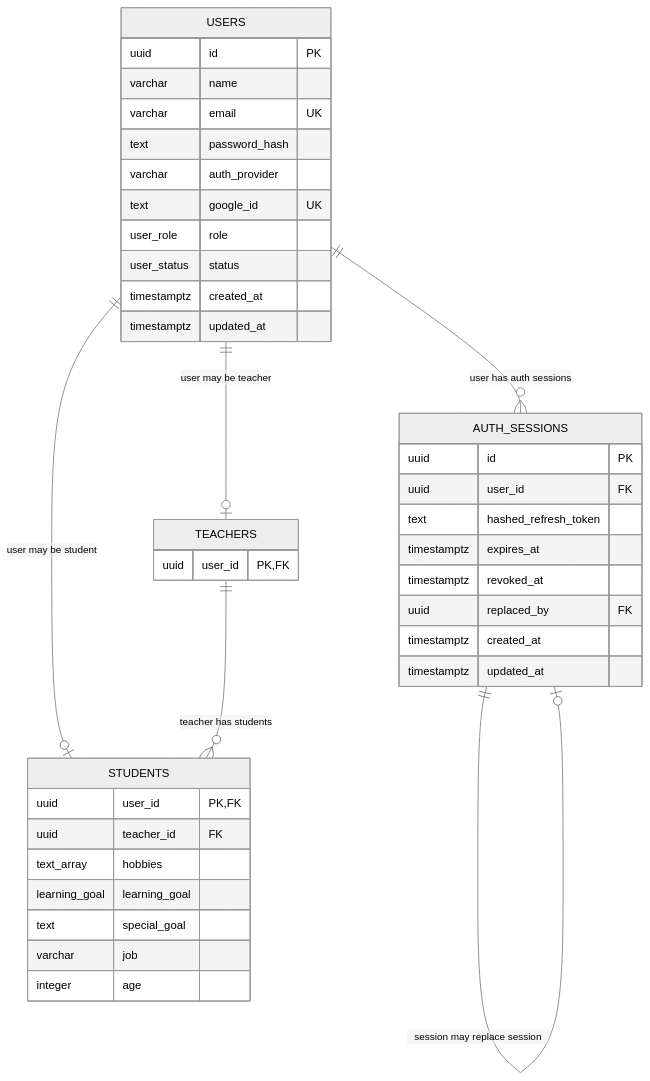
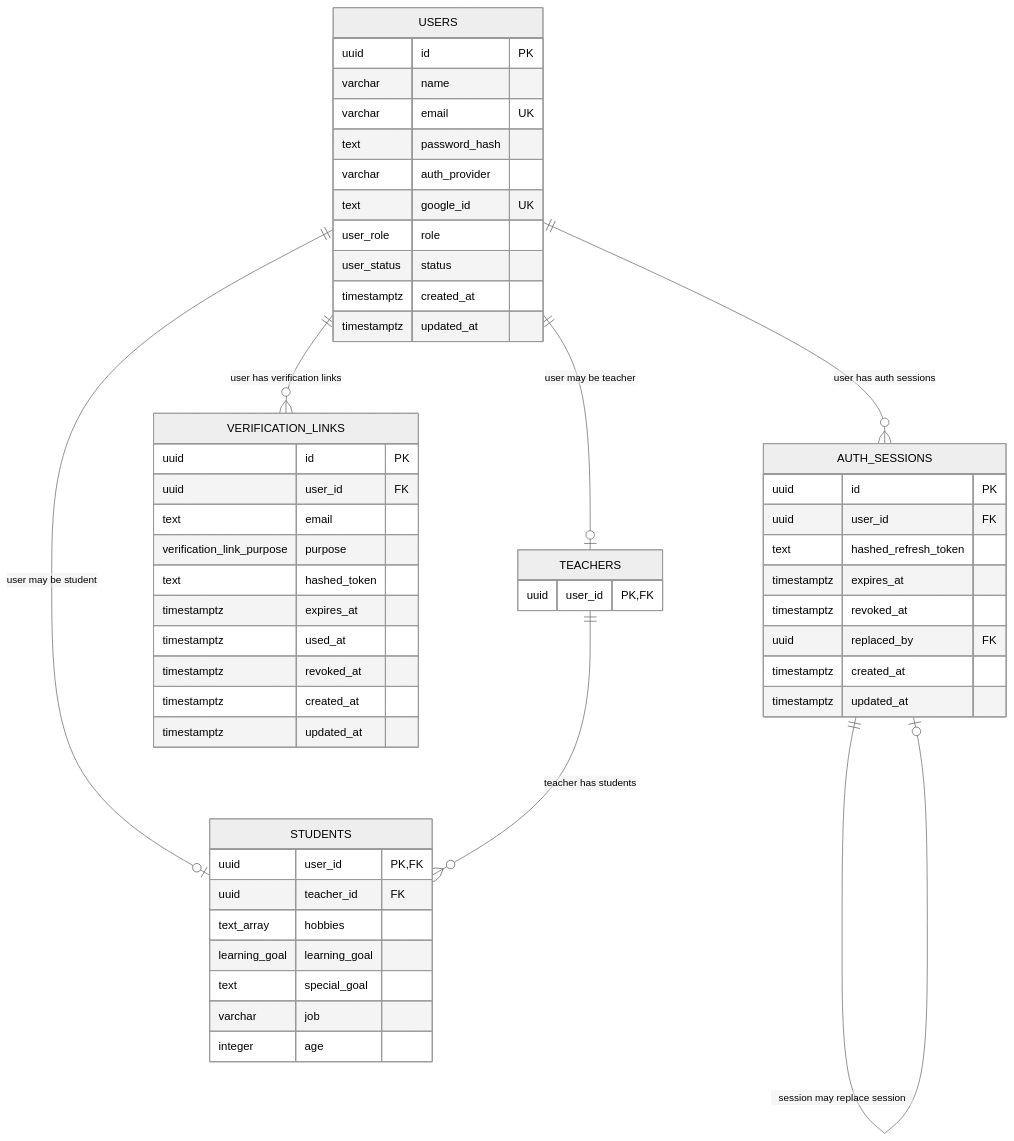
One commit to KaterynaKocheharova/Practice-app changed the diagram in back/docs/db/entities.md. Above: the diagram before and after it, drawn with Mermaid (neutral theme). The commit also changed other lines of this file and 1 other file, not shown here.

Commit message:
Add verification links docs

````diff
--- a/back/docs/db/entities.md
+++ b/back/docs/db/entities.md
@@ -5,46 +5,60 @@
 ```mermaid
 erDiagram
   USERS {
     uuid id PK
     varchar name
     varchar email UK
     text password_hash
     varchar auth_provider
     text google_id UK
     user_role role
     user_status status
     timestamptz created_at
     timestamptz updated_at
   }
 
   AUTH_SESSIONS {
     uuid id PK
     uuid user_id FK
     text hashed_refresh_token
     timestamptz expires_at
     timestamptz revoked_at
     uuid replaced_by FK
     timestamptz created_at
     timestamptz updated_at
   }
 
+  VERIFICATION_LINKS {
+    uuid id PK
+    uuid user_id FK
+    text email
+    verification_link_purpose purpose
+    text hashed_token
+    timestamptz expires_at
+    timestamptz used_at
+    timestamptz revoked_at
+    timestamptz created_at
+    timestamptz updated_at
+  }
+
   TEACHERS {
     uuid user_id PK, FK
   }
 
   STUDENTS {
     uuid user_id PK, FK
     uuid teacher_id FK
     text_array hobbies
     learning_goal learning_goal
     text special_goal
     varchar job
     integer age
   }
 
   USERS ||--o| TEACHERS : "user may be teacher"
   USERS ||--o| STUDENTS : "user may be student"
   USERS ||--o{ AUTH_SESSIONS : "user has auth sessions"
+  USERS ||--o{ VERIFICATION_LINKS : "user has verification links"
   AUTH_SESSIONS ||--o| AUTH_SESSIONS : "session may replace session"
   TEACHERS ||--o{ STUDENTS : "teacher has students"
 ```
````
